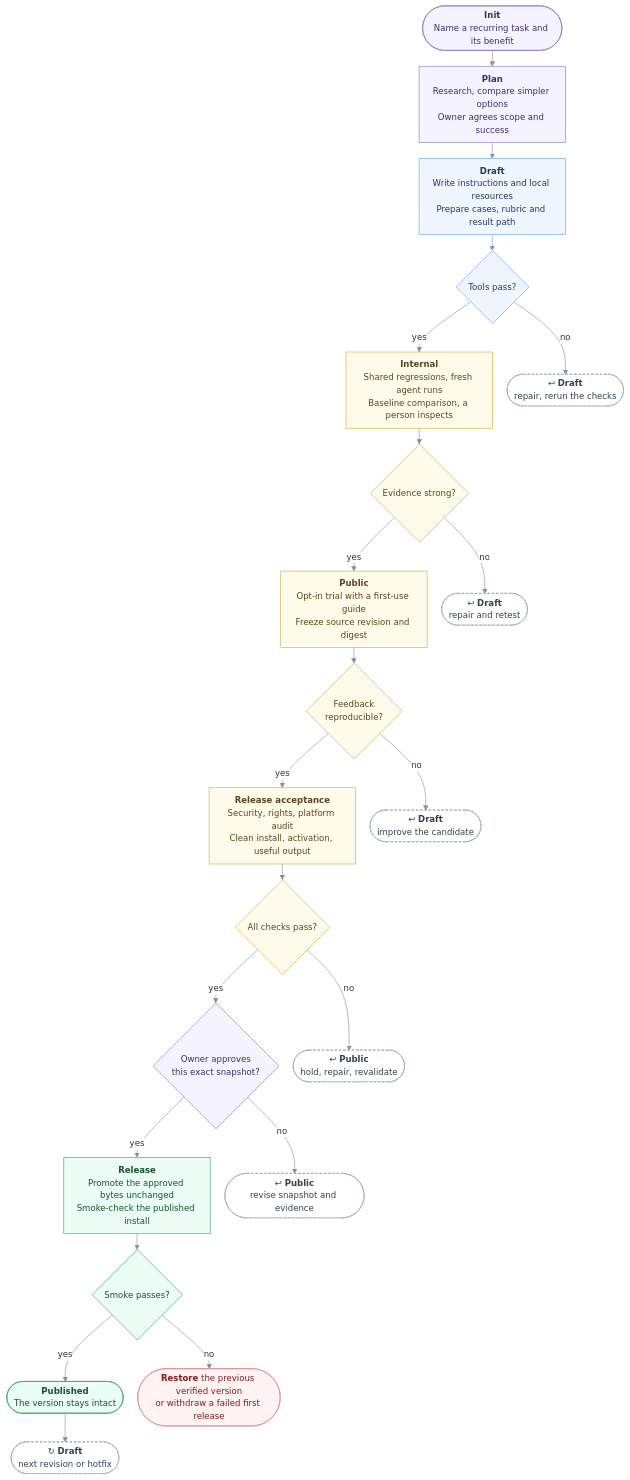
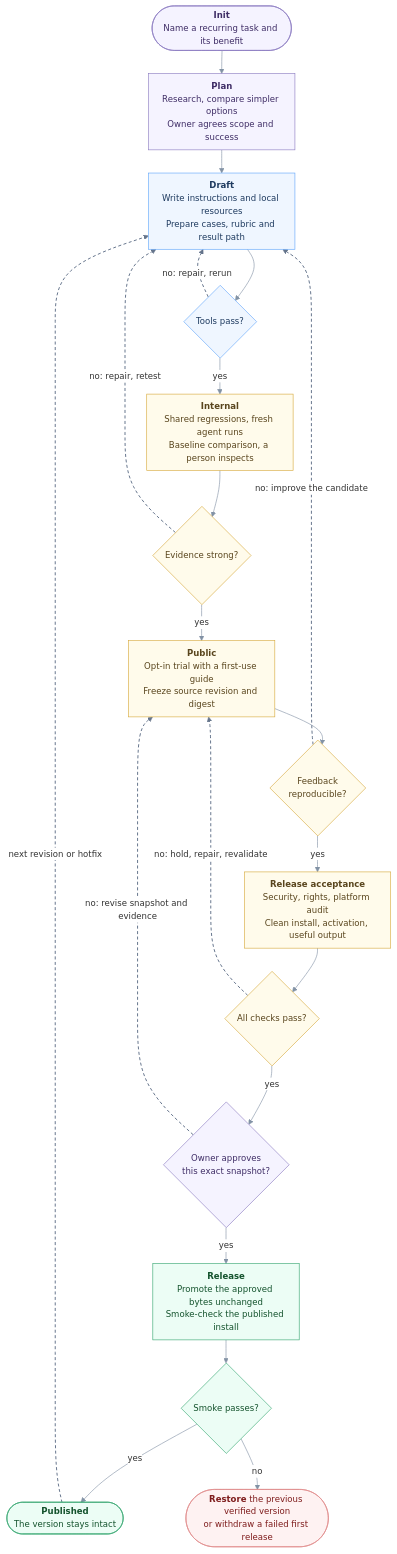
Before and after one commit to ClydeShen/skills: the diagram in knowledge/skill-lifecycle/README.md, drawn with Mermaid. The commit also changed other lines of this file, not shown here.

Commit message:
docs(lifecycle): connect each failed decision back to the stage that repeats
Claude-Session: https://claude.ai/code/session_01SA5kRZNw6HYr8hEBAyUCQE

````diff
--- a/knowledge/skill-lifecycle/README.md
+++ b/knowledge/skill-lifecycle/README.md
@@ -19,58 +19,47 @@
 ```mermaid
-%%{init: {"theme": "base", "fontFamily": "Arial, sans-serif", "flowchart": {"curve": "basis", "nodeSpacing": 24, "rankSpacing": 26, "htmlLabels": true, "padding": 10}, "themeVariables": {"fontSize": "14px", "lineColor": "#8292A5", "edgeLabelBackground": "#FFFFFF"}}}%%
+%%{init: {"theme": "base", "fontFamily": "Arial, sans-serif", "flowchart": {"curve": "basis", "nodeSpacing": 40, "rankSpacing": 38, "htmlLabels": true, "padding": 10}, "themeVariables": {"fontSize": "14px", "lineColor": "#8292A5", "edgeLabelBackground": "#FFFFFF"}}}%%
 flowchart TB
     init(["<b>Init</b><br/>Name a recurring task and its benefit"])
     plan["<b>Plan</b><br/>Research, compare simpler options<br/>Owner agrees scope and success"]
     draft["<b>Draft</b><br/>Write instructions and local resources<br/>Prepare cases, rubric and result path"]
     d1{"Tools pass?"}
     internal["<b>Internal</b><br/>Shared regressions, fresh agent runs<br/>Baseline comparison, a person inspects"]
     d2{"Evidence strong?"}
     public["<b>Public</b><br/>Opt-in trial with a first-use guide<br/>Freeze source revision and digest"]
     d3{"Feedback<br/>reproducible?"}
     accept["<b>Release acceptance</b><br/>Security, rights, platform audit<br/>Clean install, activation, useful output"]
     d4{"All checks pass?"}
     d5{"Owner approves<br/>this exact snapshot?"}
     release["<b>Release</b><br/>Promote the approved bytes unchanged<br/>Smoke-check the published install"]
     d6{"Smoke passes?"}
     live(["<b>Published</b><br/>The version stays intact"])
-
-    a1(["↩ <b>Draft</b><br/>repair, rerun the checks"])
-    a2(["↩ <b>Draft</b><br/>repair and retest"])
-    a3(["↩ <b>Draft</b><br/>improve the candidate"])
-    a4(["↩ <b>Public</b><br/>hold, repair, revalidate"])
-    a5(["↩ <b>Public</b><br/>revise snapshot and evidence"])
-    a6(["<b>Restore</b> the previous verified version<br/>or withdraw a failed first release"])
-    a7(["↻ <b>Draft</b><br/>next revision or hotfix"])
+    undo(["<b>Restore</b> the previous verified version<br/>or withdraw a failed first release"])
 
     init --> plan --> draft --> d1
-    d1 -- yes --> internal
-    d1 -- no --> a1
-    internal --> d2
-    d2 -- yes --> public
-    d2 -- no --> a2
-    public --> d3
-    d3 -- yes --> accept
-    d3 -- no --> a3
-    accept --> d4
+    d1 -- yes --> internal --> d2
+    d2 -- yes --> public --> d3
+    d3 -- yes --> accept --> d4
     d4 -- yes --> d5
-    d4 -- no --> a4
-    d5 -- yes --> release
-    d5 -- no --> a5
-    release --> d6
+    d5 -- yes --> release --> d6
     d6 -- yes --> live
-    d6 -- no --> a6
-    live --> a7
+    d6 -- no --> undo
+
+    d1 -. "no: repair, rerun" .-> draft
+    d2 -. "no: repair, retest" .-> draft
+    d3 -. "no: improve the candidate" .-> draft
+    d4 -. "no: hold, repair, revalidate" .-> public
+    d5 -. "no: revise snapshot and evidence" .-> public
+    live -. "next revision or hotfix" .-> draft
 
     classDef person fill:#F5F3FF,stroke:#8B7BC0,color:#3F2D66
     classDef tool fill:#EFF6FF,stroke:#60A5FA,color:#1E3A5F
     classDef evidence fill:#FFFBEB,stroke:#D6A93C,color:#59451D
     classDef stable fill:#ECFDF5,stroke:#34A56F,color:#14532D
-    classDef back fill:#FFFFFF,stroke:#94A3B8,color:#334155,stroke-dasharray:4 3
     classDef fail fill:#FEF2F2,stroke:#E08A8A,color:#7F1D1D
     class init,plan,d5 person
     class draft,d1 tool
     class internal,public,accept,d2,d3,d4 evidence
     class release,d6,live stable
-    class a1,a2,a3,a4,a5,a7 back
-    class a6 fail
+    class undo fail
+    linkStyle 14,15,16,17,18,19 stroke:#64748B,stroke-width:1.6px,stroke-dasharray:5 4
 ```
````
